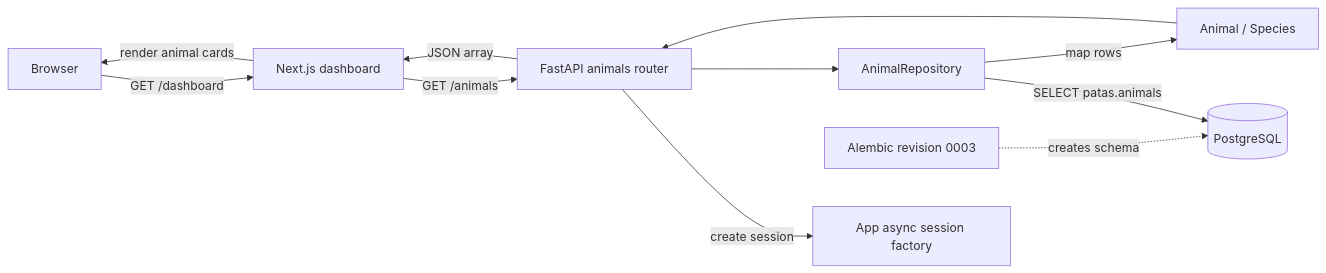
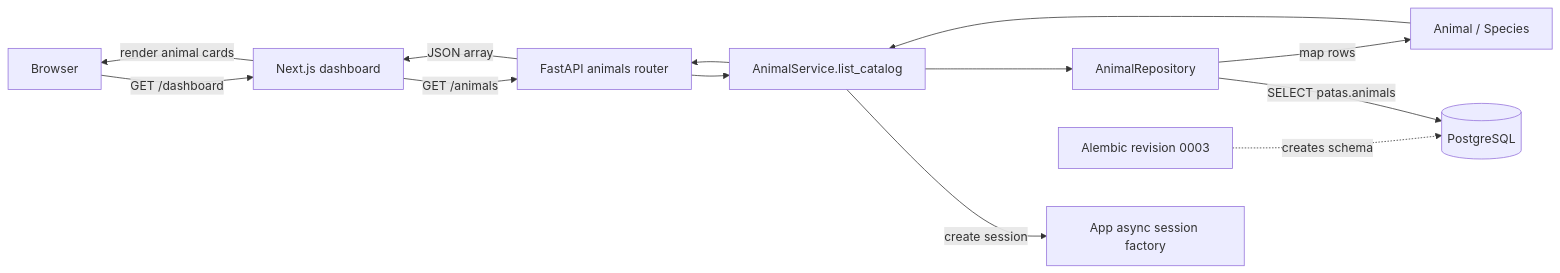
Before and after one commit to ammp102/les-project-group-3-deploy: the diagram in docs/architecture/adr/0005-fetch-animal-data.md, drawn with Mermaid. The commit also changed other lines of this file and 1 other file, not shown here.

Commit message:
docs(adr): add ADR 0006 on application services

````diff
--- a/docs/architecture/adr/0005-fetch-animal-data.md
+++ b/docs/architecture/adr/0005-fetch-animal-data.md
@@ -51,13 +52,15 @@
 ```mermaid
 flowchart LR
     Browser -->|GET /dashboard| Dashboard["Next.js dashboard"]
     Dashboard -->|GET /animals| Router["FastAPI animals router"]
-    Router -->|create session| Factory["App async session factory"]
-    Router --> Repository["AnimalRepository"]
+    Router --> Service["AnimalService.list_catalog"]
+    Service -->|create session| Factory["App async session factory"]
+    Service --> Repository["AnimalRepository"]
     Repository -->|SELECT patas.animals| Database[("PostgreSQL")]
     Repository -->|map rows| Domain["Animal / Species"]
-    Domain --> Router
+    Domain --> Service
+    Service --> Router
     Router -->|JSON array| Dashboard
     Dashboard -->|render animal cards| Browser
     Migration["Alembic revision 0003"] -. "creates schema" .-> Database
 ```
````
